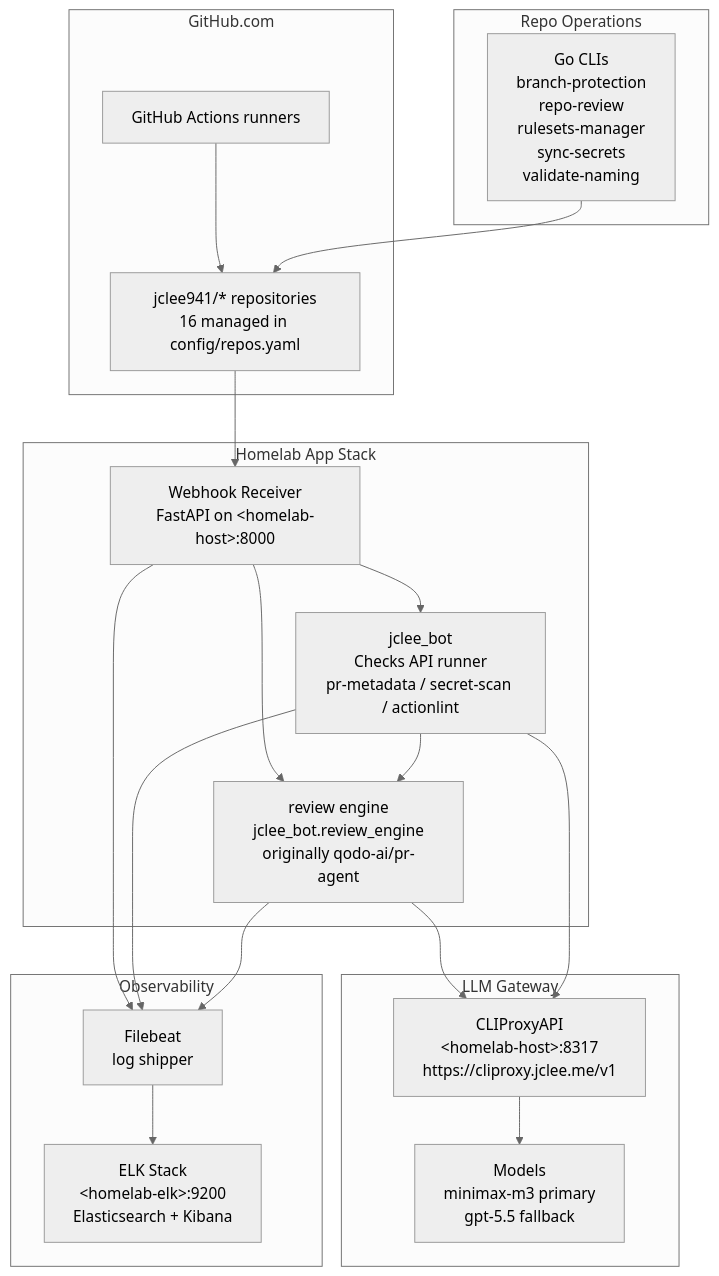
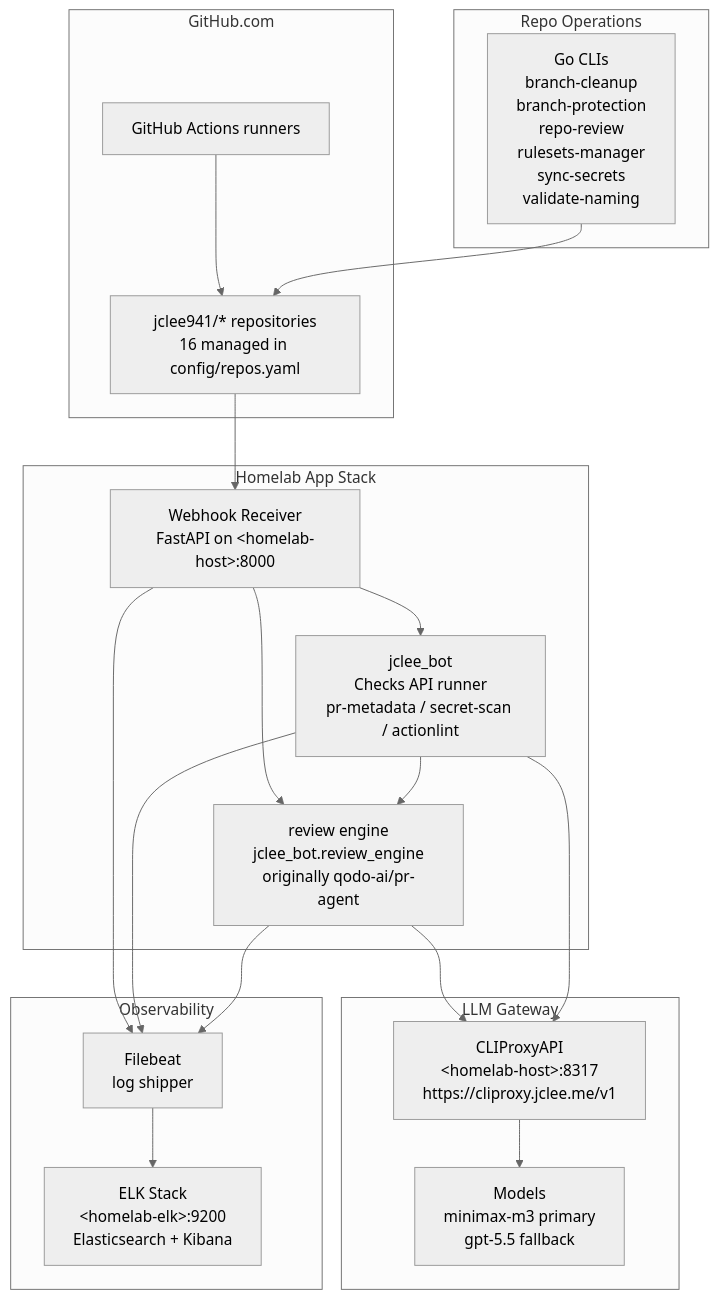
Before and after one commit to jclee941/.github: the diagram in README.md, drawn with Mermaid (neutral theme). The commit also changed other lines of this file and 9 other files, not shown here.

Commit message:
ci: automate managed repo cleanup

````diff
--- a/README.md
+++ b/README.md
@@ -98,41 +98,41 @@
 ```mermaid
 flowchart TB
     subgraph GH["GitHub.com"]
         REPO["jclee941/* repositories<br/>16 managed in config/repos.yaml"]
         ACT["GitHub Actions runners"]
     end
 
     subgraph APP["Homelab App Stack"]
         WH["Webhook Receiver<br/>FastAPI on &lt;homelab-host&gt;:8000"]
         BOT["jclee_bot<br/>Checks API runner<br/>pr-metadata / secret-scan / actionlint"]
         PR["review engine<br/>jclee_bot.review_engine<br/>originally qodo-ai/pr-agent"]
     end
 
     subgraph LLM["LLM Gateway"]
         CLI["CLIProxyAPI<br/>&lt;homelab-host&gt;:8317<br/>https://cliproxy.jclee.me/v1"]
         MOD["Models<br/>minimax-m3 primary<br/>gpt-5.5 fallback"]
     end
 
     subgraph OBS["Observability"]
         FB["Filebeat<br/>log shipper"]
         ELK["ELK Stack<br/>&lt;homelab-elk&gt;:9200<br/>Elasticsearch + Kibana"]
     end
 
     subgraph OPS["Repo Operations"]
-        GO["Go CLIs<br/>branch-protection<br/>repo-review<br/>rulesets-manager<br/>sync-secrets<br/>validate-naming"]
+        GO["Go CLIs<br/>branch-cleanup<br/>branch-protection<br/>repo-review<br/>rulesets-manager<br/>sync-secrets<br/>validate-naming"]
     end
 
     REPO --> WH
     ACT --> REPO
     WH --> BOT
     WH --> PR
     BOT --> PR
     PR --> CLI
     BOT --> CLI
     CLI --> MOD
     WH --> FB
     BOT --> FB
     PR --> FB
     FB --> ELK
     GO --> REPO
 ```
````
